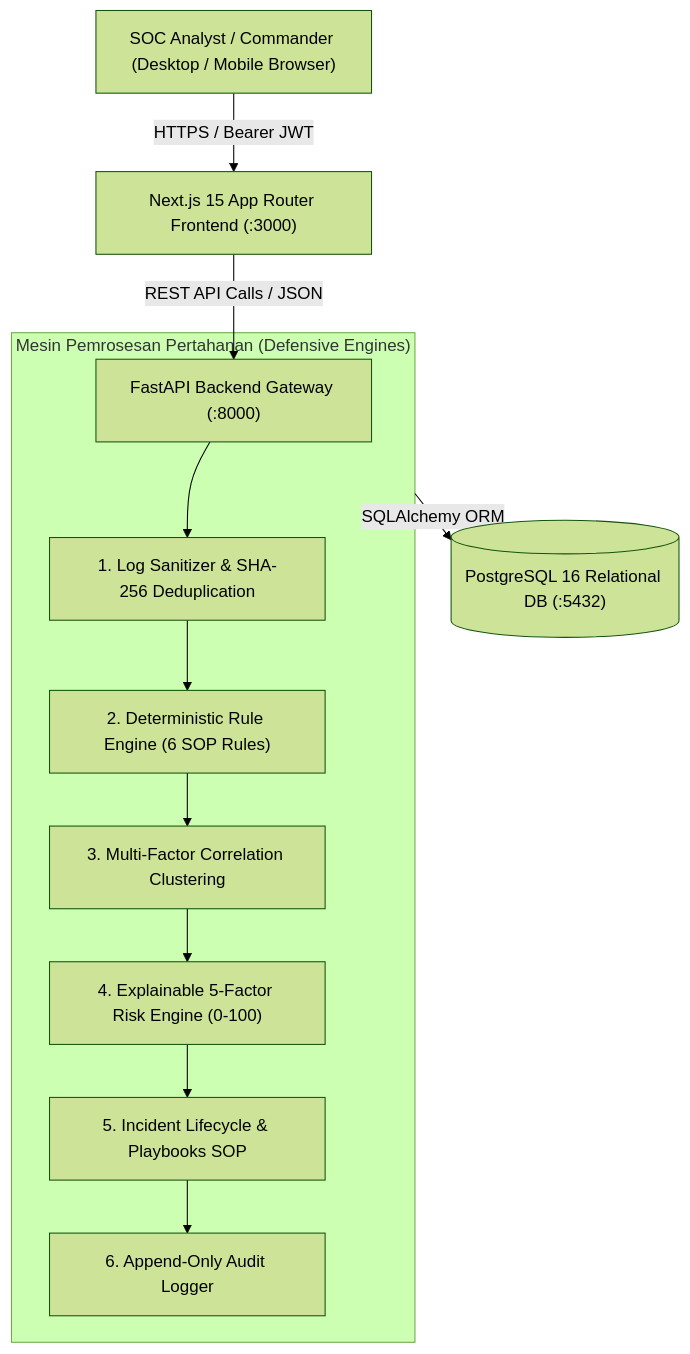
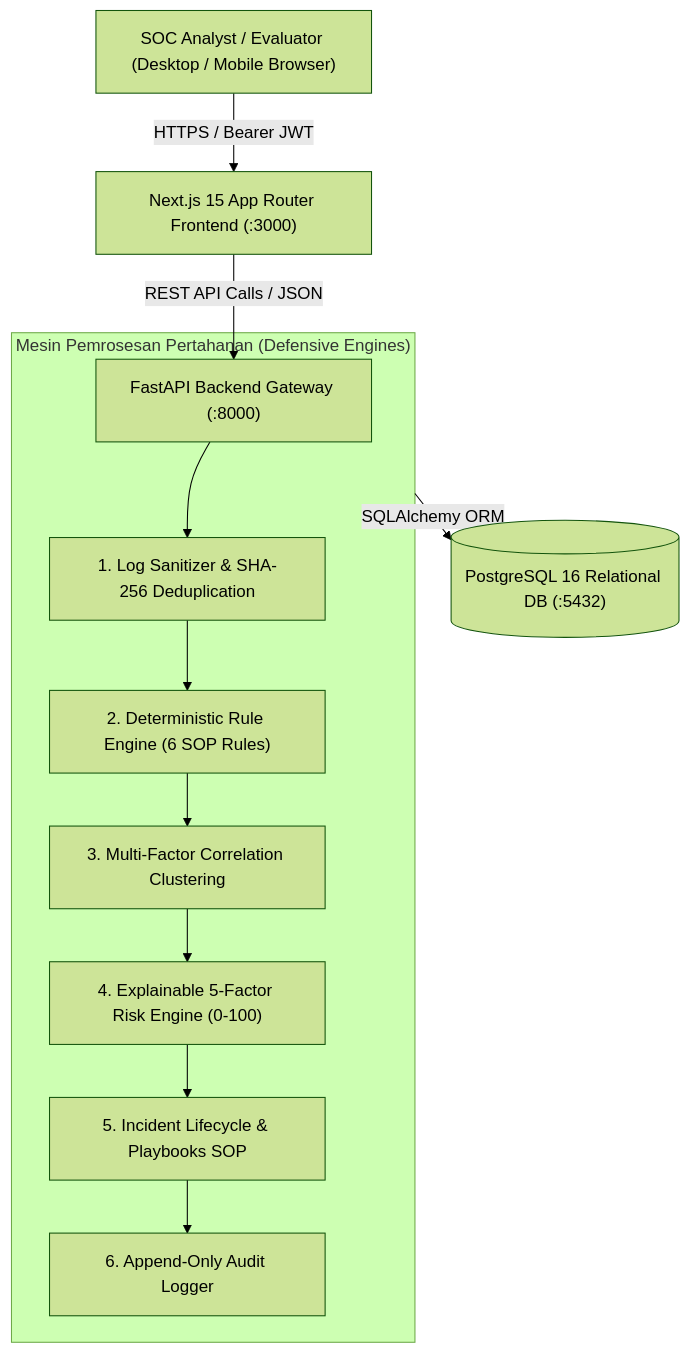
The diagram in README.md (Maverick-list/satria-sentinel), drawn with Mermaid (forest theme) before and after one commit. The commit also changed other lines of this file and 11 other files, not shown here.

````diff
--- a/README.md
+++ b/README.md
@@ -60,16 +72,16 @@
 ```mermaid
 graph TD
-    Client["SOC Analyst / Commander (Desktop / Mobile Browser)"] -->|HTTPS / Bearer JWT| NextFrontend["Next.js 15 App Router Frontend (:3000)"]
+    Client["SOC Analyst / Evaluator (Desktop / Mobile Browser)"] -->|HTTPS / Bearer JWT| NextFrontend["Next.js 15 App Router Frontend (:3000)"]
     NextFrontend -->|REST API Calls / JSON| FastAPIGateway["FastAPI Backend Gateway (:8000)"]
     
     subgraph SecurityEngines["Mesin Pemrosesan Pertahanan (Defensive Engines)"]
         FastAPIGateway --> IngestSanitizer["1. Log Sanitizer & SHA-256 Deduplication"]
         IngestSanitizer --> DetectionRules["2. Deterministic Rule Engine (6 SOP Rules)"]
         DetectionRules --> CorrelationMatrix["3. Multi-Factor Correlation Clustering"]
         CorrelationMatrix --> RiskScoring["4. Explainable 5-Factor Risk Engine (0-100)"]
         RiskScoring --> IncidentMgmt["5. Incident Lifecycle & Playbooks SOP"]
         IncidentMgmt --> AuditRecorder["6. Append-Only Audit Logger"]
     end
     
     SecurityEngines -->|SQLAlchemy ORM| PostgresDB[("PostgreSQL 16 Relational DB (:5432)")]
 ```
````
